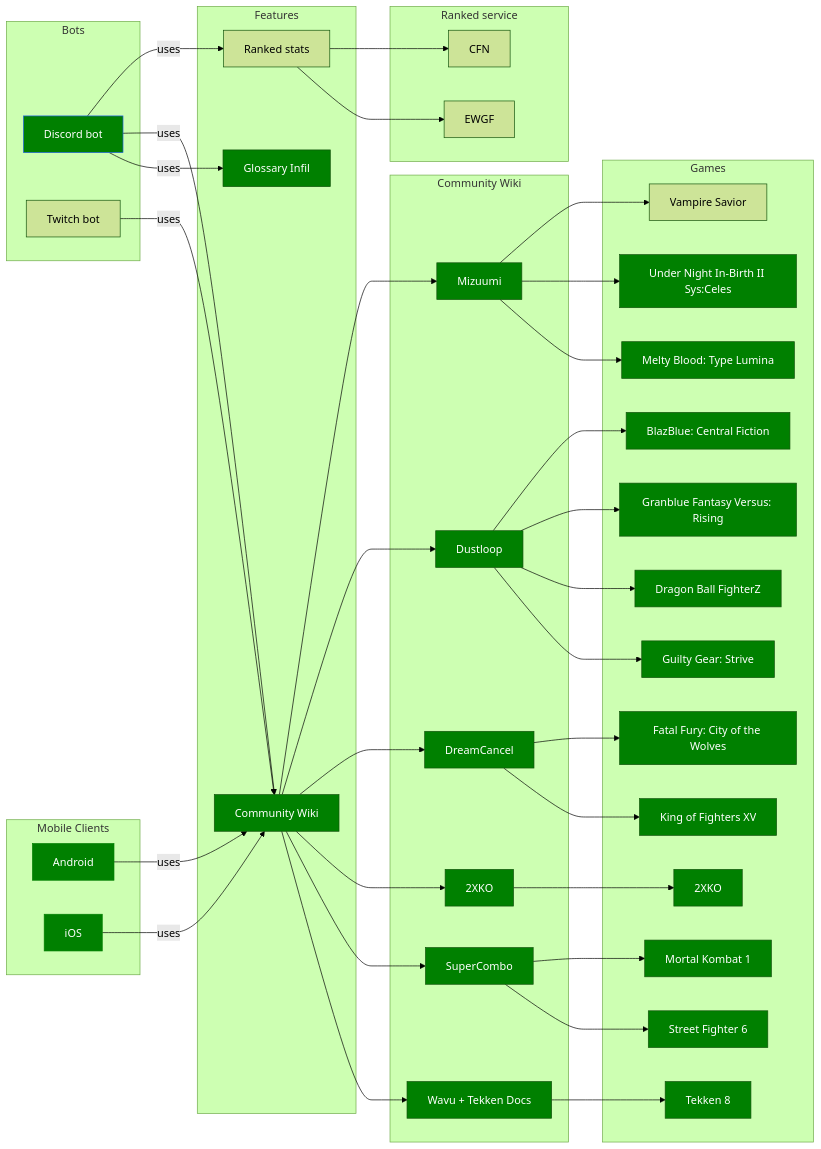
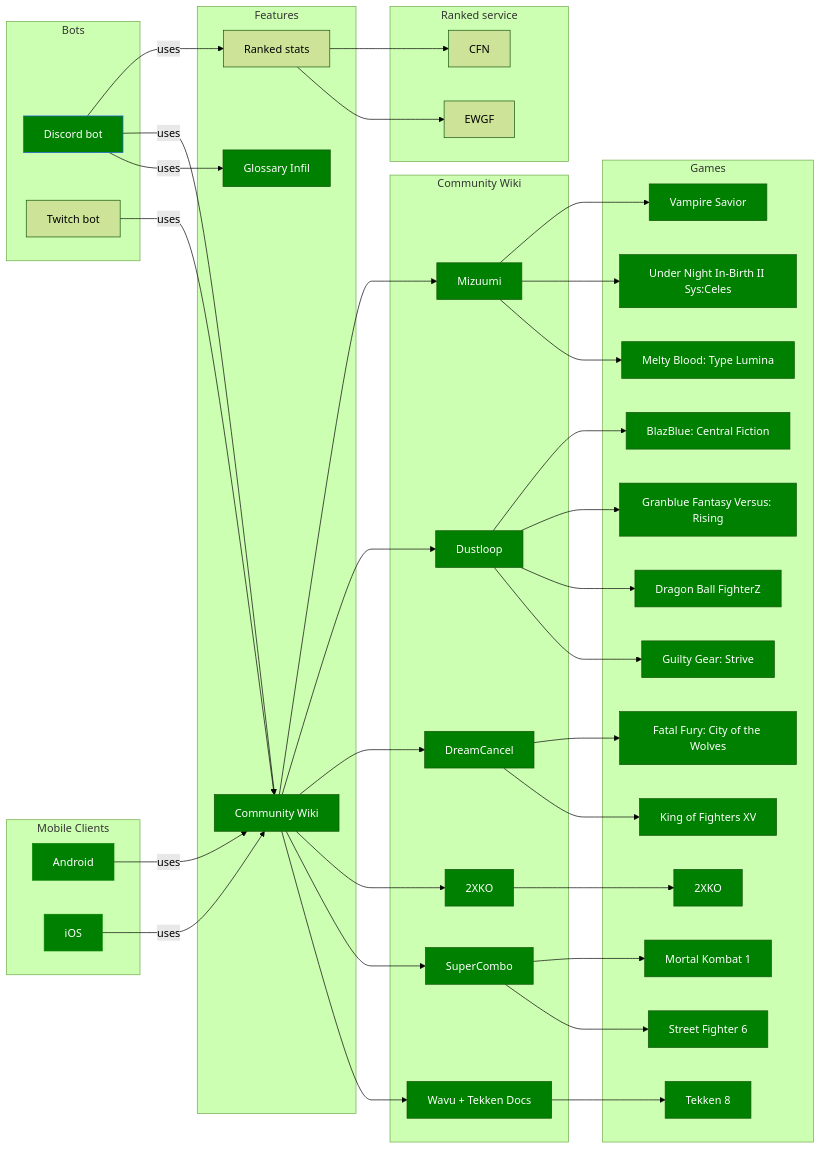
Before and after one commit to Sophon/FightingNerd: the diagram in README.md, drawn with Mermaid (forest theme). The commit also changed 43 other files, not shown here.

````diff
--- a/README.md
+++ b/README.md
@@ -126,4 +126,5 @@
     style melty fill:green, color:#fff
     style bbcf fill:green, color:#fff
     style uni2 fill:green, color:#fff
+    style vsav fill:green, color:#fff
   ```
````
